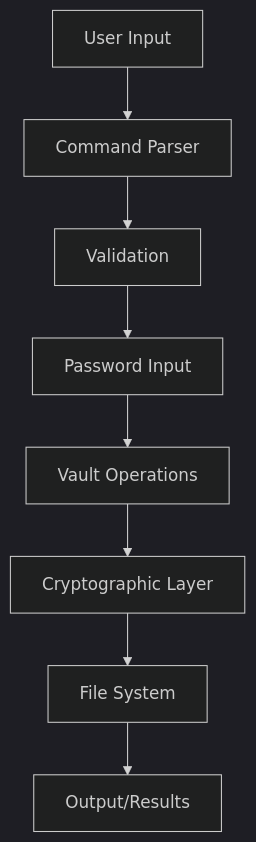
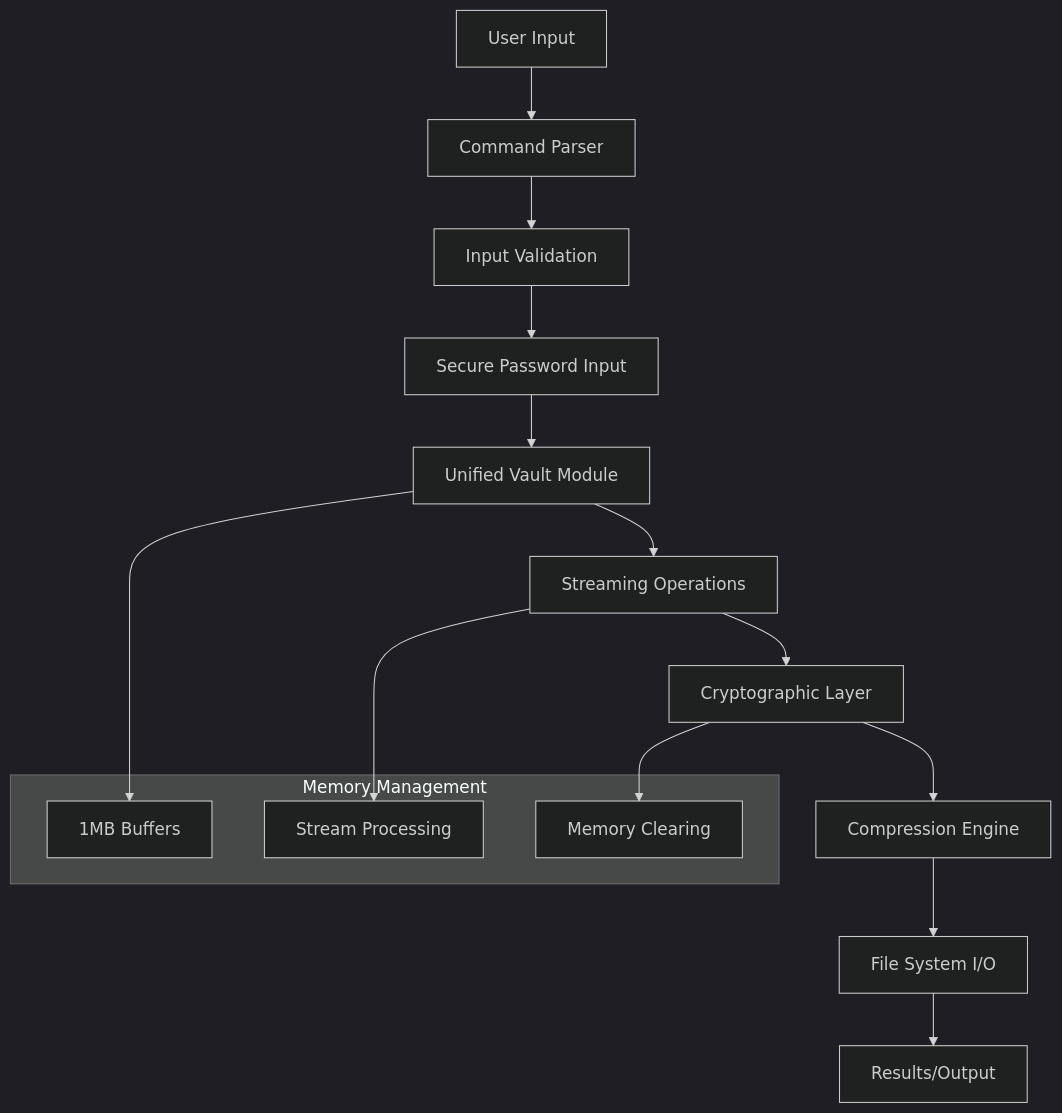
One commit to balamutik/flint-cli changed the diagram in docs/DEVELOPMENT.md. Above: the diagram before and after it, drawn with Mermaid (dark theme). The commit also changed other lines of this file and 7 other files, not shown here.

````diff
--- a/docs/DEVELOPMENT.md
+++ b/docs/DEVELOPMENT.md
@@ -235,10 +386,22 @@
 ```mermaid
 graph TD
     A[User Input] --> B[Command Parser]
-    B --> C[Validation]
-    C --> D[Password Input]
-    D --> E[Vault Operations]
-    E --> F[Cryptographic Layer]
-    F --> G[File System]
-    G --> H[Output/Results]
+    B --> C[Input Validation]
+    C --> D[Secure Password Input]
+    D --> E[Unified Vault Module]
+    E --> F[Streaming Operations]
+    F --> G[Cryptographic Layer]
+    G --> H[Compression Engine]
+    H --> I[File System I/O]
+    I --> J[Results/Output]
+    
+    subgraph "Memory Management"
+        K[1MB Buffers]
+        L[Stream Processing]
+        M[Memory Clearing]
+    end
+    
+    E --> K
+    F --> L
+    G --> M
 ```
````
